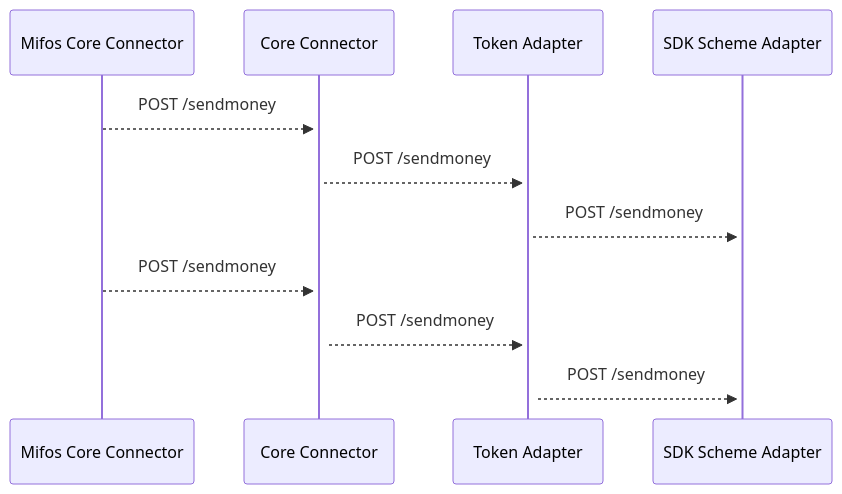
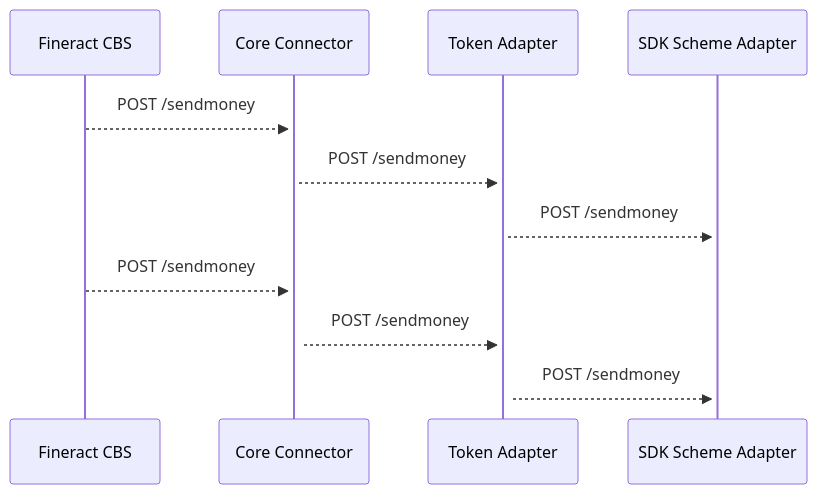
Before and after one commit to mojaloop/mifos-core-connector-docs: the diagram in README.md, drawn with Mermaid.

Commit message:
added sequence diagram

````diff
--- a/README.md
+++ b/README.md
@@ -3,9 +3,9 @@
 ```mermaid
 sequenceDiagram
-    Mifos Core Connector-->>+Core Connector: POST /sendmoney
+    Fineract CBS-->>+Core Connector: POST /sendmoney
     Core Connector-->>+Token Adapter: POST /sendmoney
     Token Adapter-->>+SDK Scheme Adapter: POST /sendmoney
-    Mifos Core Connector-->>+Core Connector: POST /sendmoney
+    Fineract CBS-->>+Core Connector: POST /sendmoney
     Core Connector-->>+Token Adapter: POST /sendmoney
     Token Adapter-->>+SDK Scheme Adapter: POST /sendmoney
 ```
````
